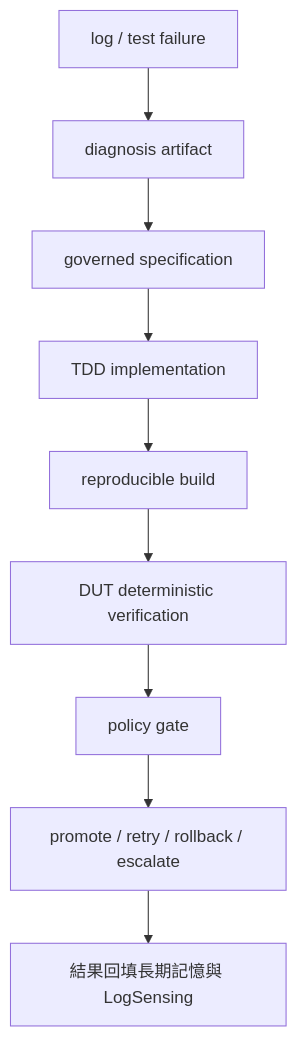
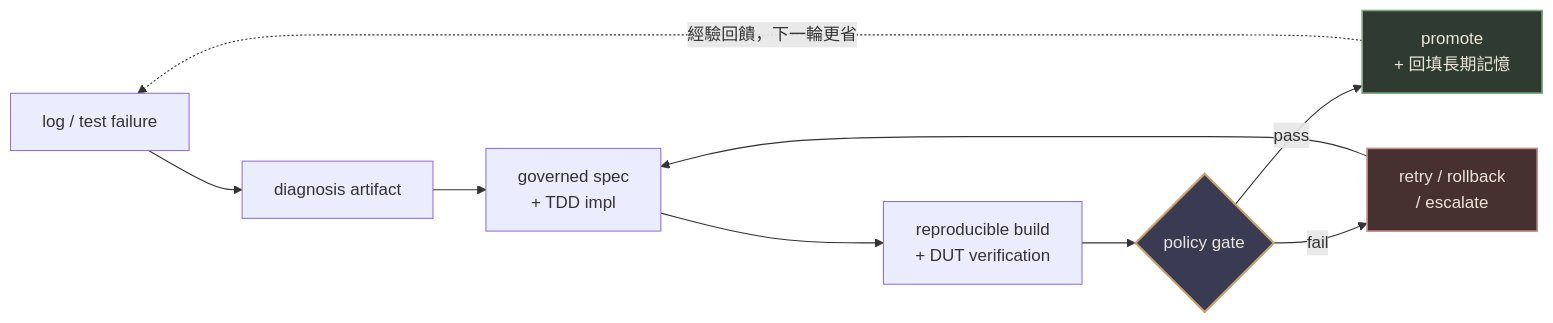
The second of 2 diagrams in README.md (hamanpaul/hamanpaul), drawn with Mermaid before and after one commit. The commit also changed other lines of this file, not shown here.

First line of the commit message:
docs: 精修 profile README 簡介與兩張架構圖

````diff
--- a/README.md
+++ b/README.md
@@ -94,14 +110,15 @@
 ```mermaid
-flowchart TD
-    A["log / test failure"]
-    B["diagnosis artifact"]
-    C["governed specification"]
-    D["TDD implementation"]
-    E["reproducible build"]
-    F["DUT deterministic verification"]
-    G["policy gate"]
-    H["promote / retry / rollback / escalate"]
-    I["結果回填長期記憶與 LogSensing"]
+flowchart LR
+    A["log / test failure"] --> B["diagnosis artifact"]
+    B --> C["governed spec<br/>+ TDD impl"]
+    C --> D["reproducible build<br/>+ DUT verification"]
+    D --> G{"policy gate"}
+    G -->|pass| P["promote<br/>+ 回填長期記憶"]
+    G -->|fail| R["retry / rollback<br/>/ escalate"]
+    R --> C
+    P -.->|經驗回饋，下一輪更省| A
 
-    A --> B --> C --> D --> E --> F --> G --> H --> I
+    style G fill:#3a3a52,stroke:#c9a26a,stroke-width:2px,color:#ece6da
+    style P fill:#2f3b30,stroke:#7faa7f,stroke-width:1.5px,color:#ece6da
+    style R fill:#463030,stroke:#c98a8a,stroke-width:1.5px,color:#ece6da
 ```
````
